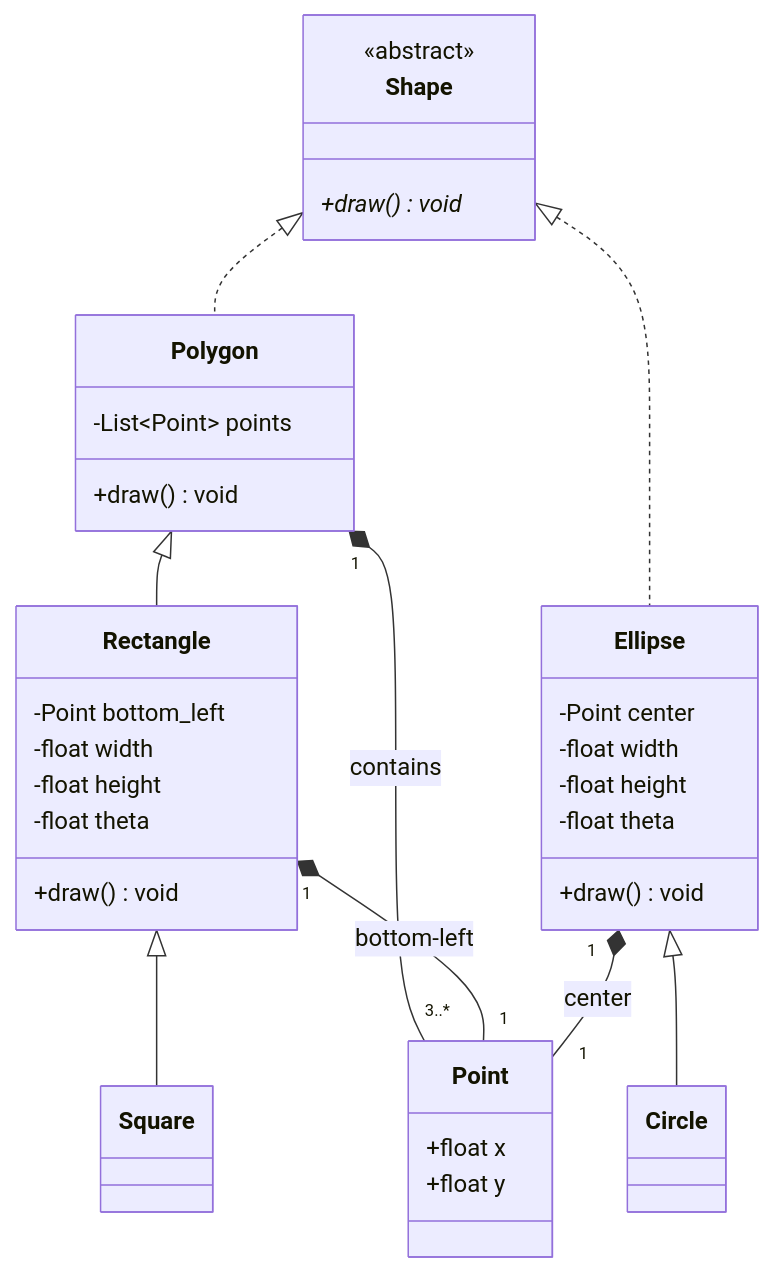
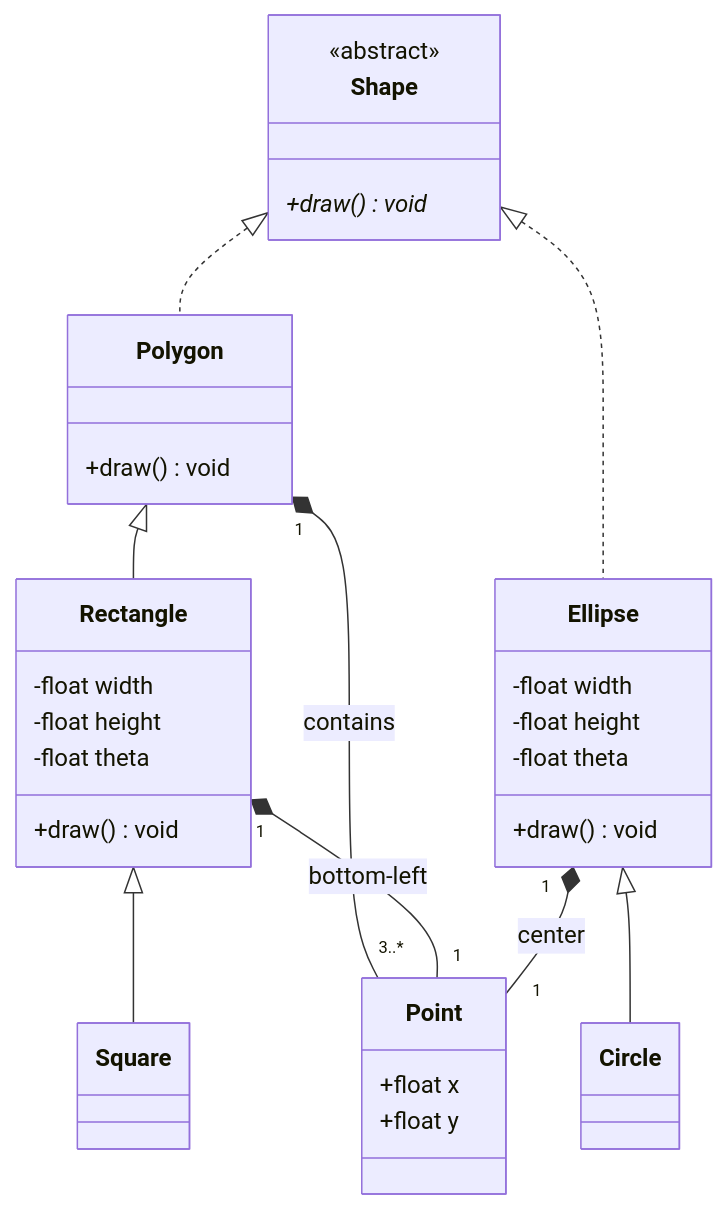
Before and after one commit to normanwidad-design/uog-cpp: diagram 16 of 16 in sec-04-uml-class/17-uml-class-diagram/chap_17.qmd, drawn with Mermaid. The commit also changed 7 other files, not shown here.

````diff
--- a/sec-04-uml-class/17-uml-class-diagram/chap_17.qmd
+++ b/sec-04-uml-class/17-uml-class-diagram/chap_17.qmd
@@ -532,53 +532,53 @@
 ```{mermaid}
 classDiagram
     class Shape {
         <<abstract>>
         +draw()* void
     }
 
     class Point {
         +float x
         +float y
     }
 
     class Polygon {
-        -List~Point~ points
+        %% -List~Point~ points
         +draw() void
     }
 
     class Rectangle {
-        -Point bottom_left
+        %% -Point bottom_left
         -float width
         -float height
         -float theta
         +draw() void
     }
 
     class Square {
 
     }
 
     class Ellipse {
-        -Point center
+        %% -Point center
         -float width
         -float height
         -float theta
         +draw() void
     }
 
     class Circle {
         
     }
 
     %% Inheritance (Generalization)
     Shape <|.. Polygon
     Shape <|.. Ellipse
     Polygon <|-- Rectangle
     Rectangle <|-- Square
     Ellipse <|-- Circle
 
     %% Composition and Multiplicity
     Polygon "1" *-- "3..*" Point : contains
     Rectangle "1" *-- "1" Point : bottom-left
     Ellipse "1" *-- "1" Point : center
 ```
````
